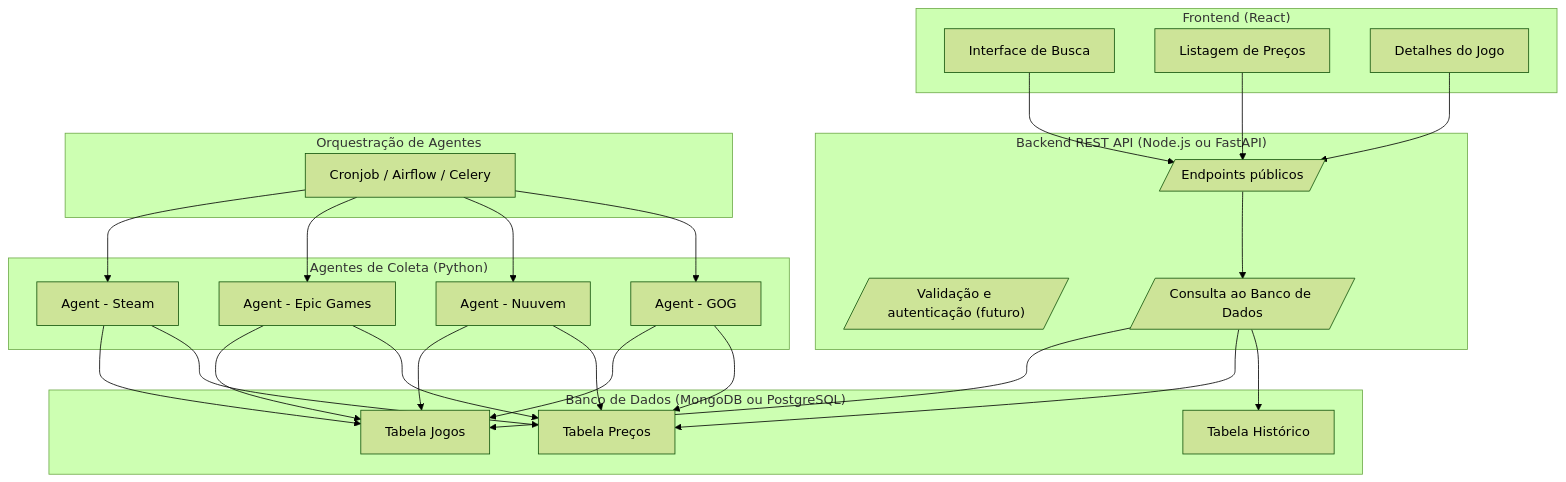
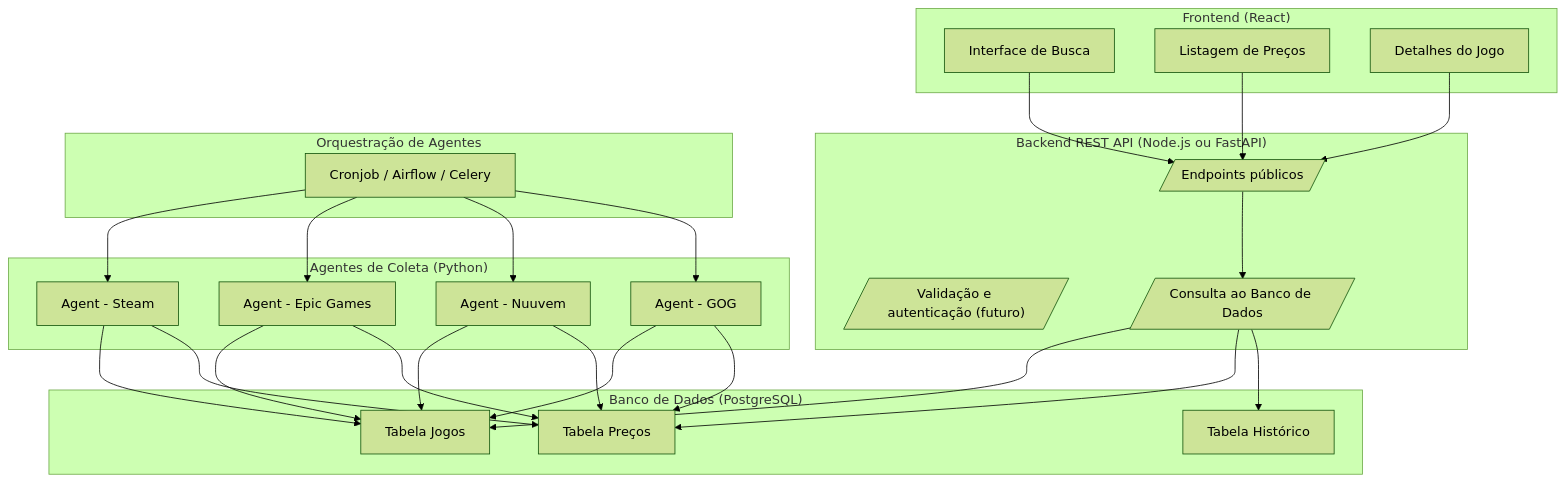
One commit to CODEbugging3000/lootprice changed the diagram in docs/docs/index.md. Above: the diagram before and after it, drawn with Mermaid (forest theme). The commit also changed other lines of this file and 9 other files, not shown here.

````diff
--- a/docs/docs/index.md
+++ b/docs/docs/index.md
@@ -122,56 +123,56 @@
 ```mermaid
 flowchart TD
   subgraph Frontend ["Frontend (React)"]
     A1[Interface de Busca]
     A2[Listagem de Preços]
     A3[Detalhes do Jogo]
   end
 
   subgraph Backend API ["Backend REST API (Node.js ou FastAPI)"]
     B1[/"Endpoints públicos"/]
     B2[/"Validação e autenticação (futuro)"/]
     B3[/"Consulta ao Banco de Dados"/]
   end
 
   subgraph Agents ["Agentes de Coleta (Python)"]
     C1[Agent - Steam]
     C2[Agent - Epic Games]
     C3[Agent - Nuuvem]
     C4[Agent - GOG]
   end
 
-  subgraph DB ["Banco de Dados (MongoDB ou PostgreSQL)"]
+  subgraph DB ["Banco de Dados (PostgreSQL)"]
     D1[Tabela Jogos]
     D2[Tabela Preços]
     D3[Tabela Histórico]
   end
 
   subgraph Scheduler [Orquestração de Agentes]
     E1[Cronjob / Airflow / Celery]
   end
 
   %% Ligações
   A1 --> B1
   A2 --> B1
   A3 --> B1
   B1 --> B3
   B3 --> D1
   B3 --> D2
   B3 --> D3
 
   E1 --> C1
   E1 --> C2
   E1 --> C3
   E1 --> C4
 
   C1 --> D1
   C2 --> D1
   C3 --> D1
   C4 --> D1
 
   C1 --> D2
   C2 --> D2
   C3 --> D2
   C4 --> D2
 
 ```
````
